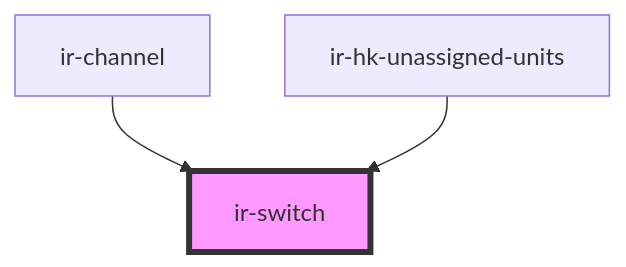
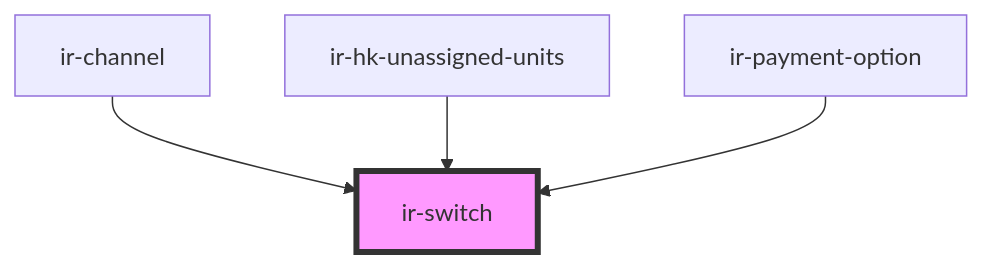
One commit to David1Chowaifaty/modified-ir-webcmp changed the diagram in src/components/ir-switch/readme.md. Above: the diagram before and after it, drawn with Mermaid. The commit also changed other lines of this file and 41 other files, not shown here.

Commit message:
finished the the listing header and payment option

````diff
--- a/src/components/ir-switch/readme.md
+++ b/src/components/ir-switch/readme.md
@@ -32,6 +33,7 @@
 ```mermaid
 graph TD;
   ir-channel --> ir-switch
   ir-hk-unassigned-units --> ir-switch
+  ir-payment-option --> ir-switch
   style ir-switch fill:#f9f,stroke:#333,stroke-width:4px
 ```
````
